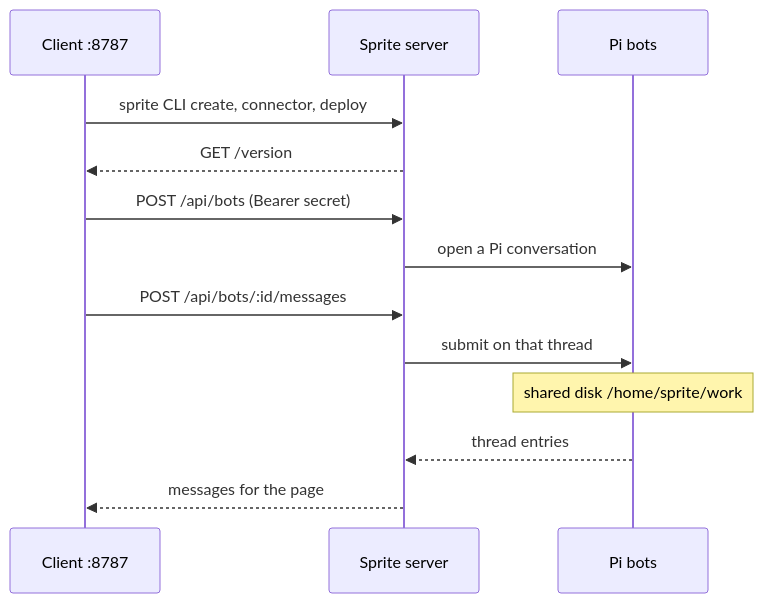
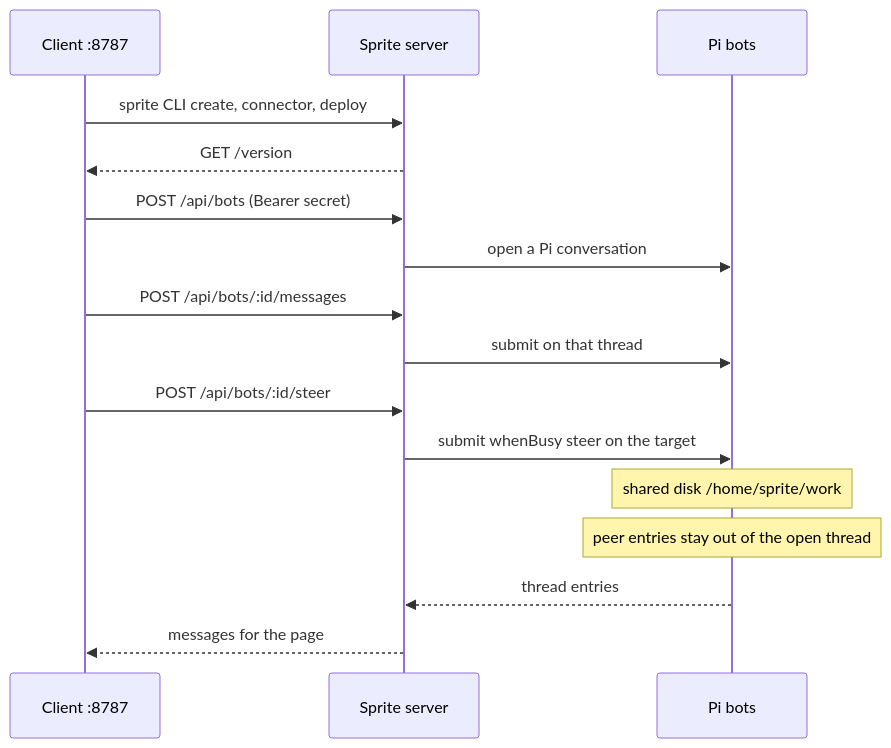
Before and after one commit to richardanaya/pi-orbs: the diagram in docs/architecture.md, drawn with Mermaid. The commit also changed other lines of this file and 10 other files, not shown here.

````diff
--- a/docs/architecture.md
+++ b/docs/architecture.md
@@ -83,15 +108,18 @@
 ```mermaid
 sequenceDiagram
   participant Client as Client :8787
   participant Sprite as Sprite server
   participant Bots as Pi bots
   Client->>Sprite: sprite CLI create, connector, deploy
   Sprite-->>Client: GET /version
   Client->>Sprite: POST /api/bots (Bearer secret)
   Sprite->>Bots: open a Pi conversation
   Client->>Sprite: POST /api/bots/:id/messages
   Sprite->>Bots: submit on that thread
+  Client->>Sprite: POST /api/bots/:id/steer
+  Sprite->>Bots: submit whenBusy steer on the target
   Note over Bots: shared disk /home/sprite/work
+  Note over Bots: peer entries stay out of the open thread
   Bots-->>Sprite: thread entries
   Sprite-->>Client: messages for the page
 ```
````
